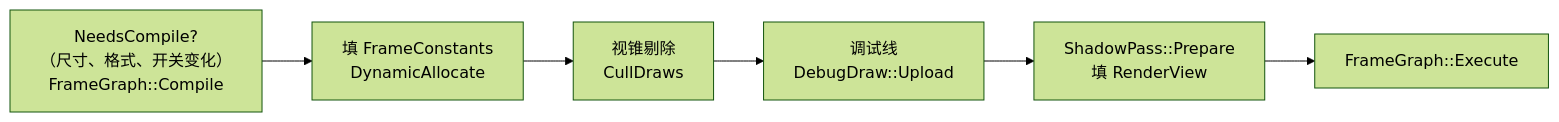
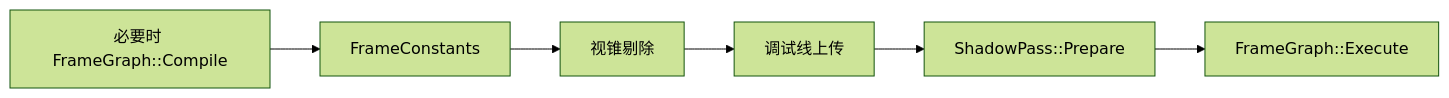
Before and after one commit to ChenJiaming5613/MEngine: the third of 5 diagrams in docs/Architecture.md, drawn with Mermaid (forest theme). The commit also changed other lines of this file and 64 other files, not shown here.

````diff
--- a/docs/Architecture.md
+++ b/docs/Architecture.md
@@ -401,8 +130,4 @@
 ```mermaid
 graph LR
-    A["NeedsCompile?<br/>（尺寸、格式、开关变化）<br/>FrameGraph::Compile"] --> B["填 FrameConstants<br/>DynamicAllocate"]
-    B --> V["视锥剔除<br/>CullDraws"]
-    V --> C["调试线<br/>DebugDraw::Upload"]
-    C --> D["ShadowPass::Prepare<br/>填 RenderView"]
-    D --> E["FrameGraph::Execute"]
+    A["必要时 FrameGraph::Compile"] --> B["FrameConstants"] --> V["视锥剔除"] --> C["调试线上传"] --> D["ShadowPass::Prepare"] --> E["FrameGraph::Execute"]
 ```
````
